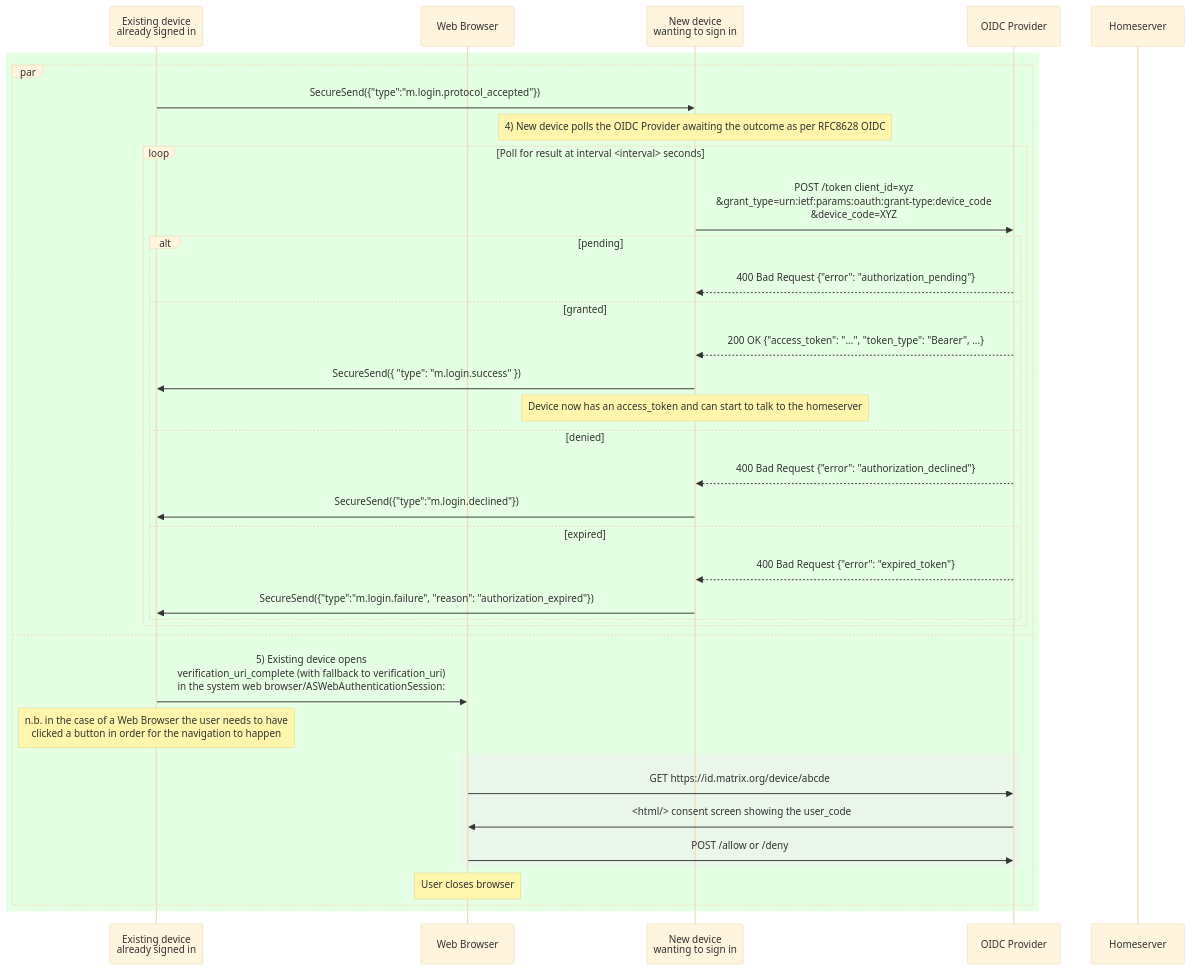
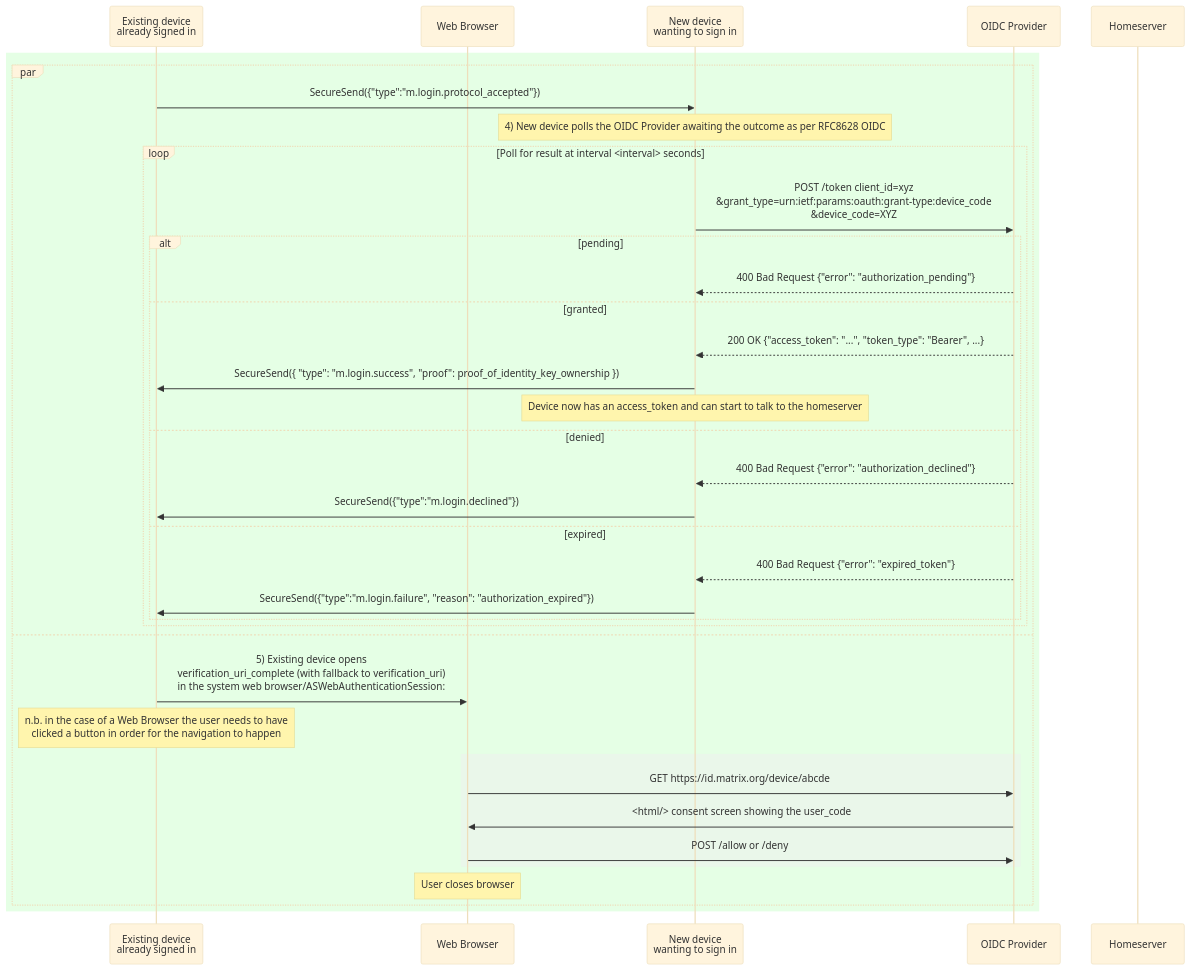
Before and after one commit to matrix-org/matrix-spec-proposals: the fifth of 6 diagrams in proposals/4108-oidc-qr-login.md, drawn with Mermaid (base theme). The commit also changed other lines of this file, not shown here.

Commit message:
Commit to device ID = identity key and prove ownership of that key.

````diff
--- a/proposals/4108-oidc-qr-login.md
+++ b/proposals/4108-oidc-qr-login.md
@@ -1012,41 +1020,41 @@
 ```mermaid
 sequenceDiagram
     participant E as Existing device <br>already signed in
     participant UA as Web Browser
     participant N as New device <br>wanting to sign in
     participant OP as OIDC Provider
     participant HS as Homeserver
 
     rect rgba(0,255,0, 0.1)
 
         par
             E->>N: SecureSend({"type":"m.login.protocol_accepted"})
         note over N: 4) New device polls the OIDC Provider awaiting the outcome as per RFC8628 OIDC
             loop Poll for result at interval <interval> seconds
                 N->>OP: POST /token client_id=xyz<br>&grant_type=urn:ietf:params:oauth:grant-type:device_code<br>&device_code=XYZ
                 alt pending
                     OP-->>N: 400 Bad Request {"error": "authorization_pending"}
                 else granted
                     OP-->>N: 200 OK {"access_token": "...", "token_type": "Bearer", ...}
-                    N->>E: SecureSend({ "type": "m.login.success" })
+                    N->>E: SecureSend({ "type": "m.login.success", "proof": proof_of_identity_key_ownership })
                     Note over N: Device now has an access_token and can start to talk to the homeserver
                 else denied
                     OP-->>N: 400 Bad Request {"error": "authorization_declined"}
                     N->>E: SecureSend({"type":"m.login.declined"})
                 else expired
                     OP-->>N: 400 Bad Request {"error": "expired_token"}
                     N->>E: SecureSend({"type":"m.login.failure", "reason": "authorization_expired"})
                 end
             end
         and
             E->>UA: 5) Existing device opens <br>verification_uri_complete (with fallback to verification_uri)<br> in the system web browser/ASWebAuthenticationSession:
             Note over E: n.b. in the case of a Web Browser the user needs to have<br> clicked a button in order for the navigation to happen
             rect rgba(240,240,240,0.5)
                 UA->>OP: GET https://id.matrix.org/device/abcde
                 OP->>UA: <html/> consent screen showing the user_code
                 UA->>OP: POST /allow or /deny
             end
             Note over UA: User closes browser
         end
     end
 ```
````
